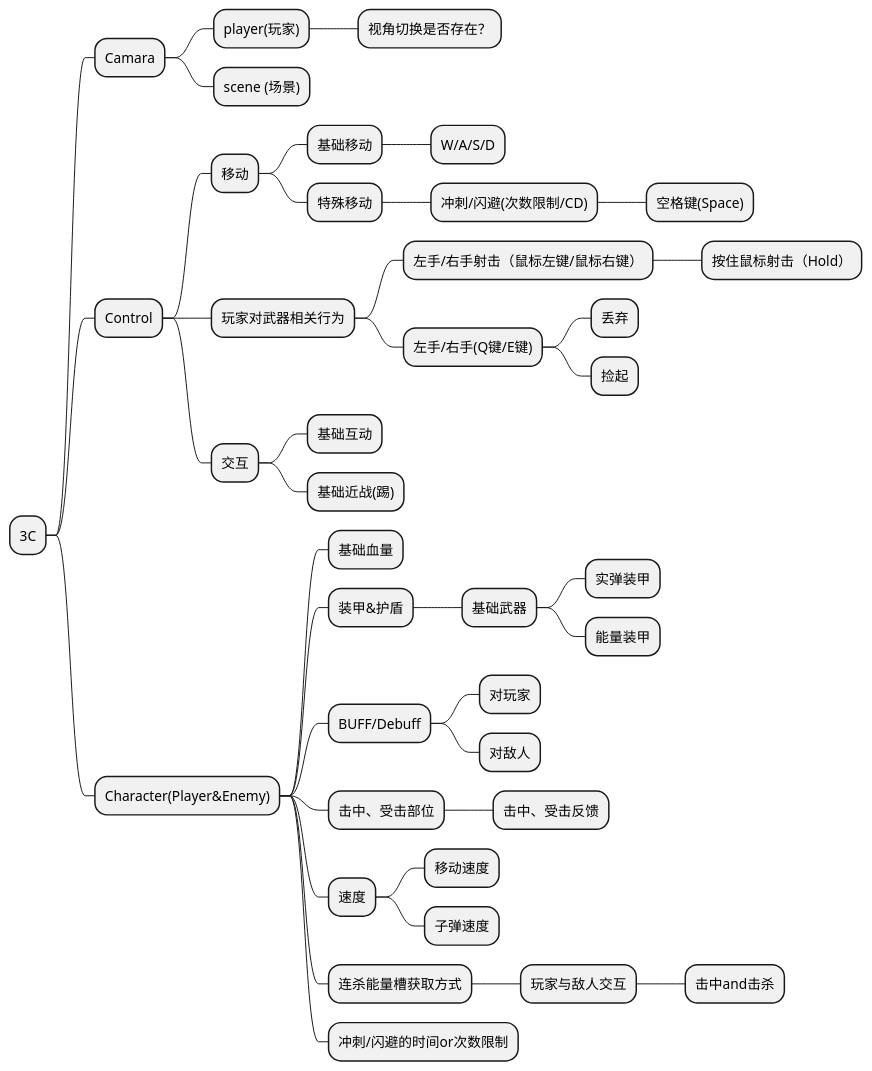
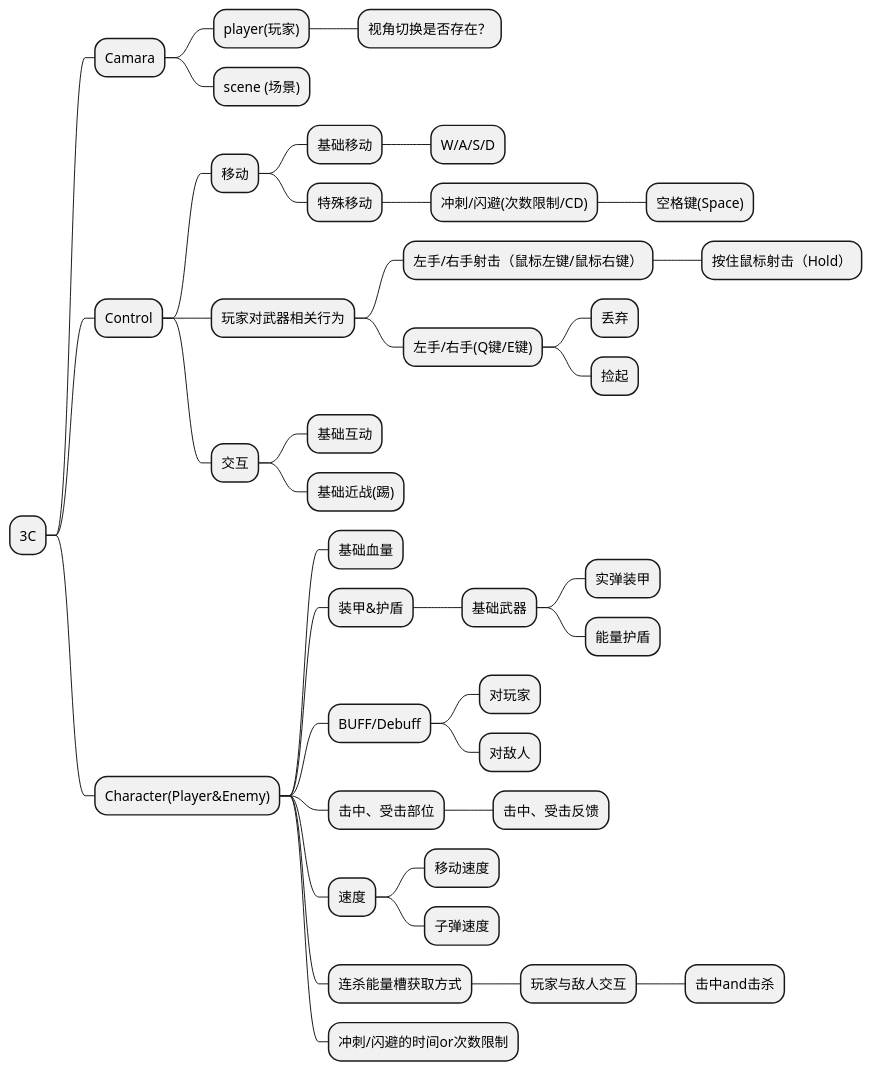
The first of 3 diagrams in 策划案.md (CGandGameEngineLearner/IronAngel), drawn with PlantUML before and after one commit. The commit also changed other lines of this file, not shown here.

````diff
--- a/策划案.md
+++ b/策划案.md
@@ -28,43 +28,43 @@
 ```plantuml
 @startmindmap
 * 3C
 ** Camara
 *** player(玩家)
 **** 视角切换是否存在？
 *** scene (场景)
 ** Control
 *** 移动
 **** 基础移动
 ***** W/A/S/D
 **** 特殊移动
 ***** 冲刺/闪避(次数限制/CD)
 ****** 空格键(Space)
 *** 玩家对武器相关行为
 **** 左手/右手射击（鼠标左键/鼠标右键）
 ***** 按住鼠标射击（Hold）
 **** 左手/右手(Q键/E键)
 ***** 丢弃
 ***** 捡起
 *** 交互
 **** 基础互动
 **** 基础近战(踢)
 ** Character(Player&Enemy)
 *** 基础血量
 *** 装甲&护盾
 **** 基础武器
 ***** 实弹装甲
-***** 能量装甲
+***** 能量护盾
 *** BUFF/Debuff
 **** 对玩家
 **** 对敌人
 *** 击中、受击部位
 **** 击中、受击反馈
 *** 速度
 **** 移动速度
 **** 子弹速度
 *** 连杀能量槽获取方式
 **** 玩家与敌人交互
 ***** 击中and击杀
 *** 冲刺/闪避的时间or次数限制
 @endmindmap
 ```
````
